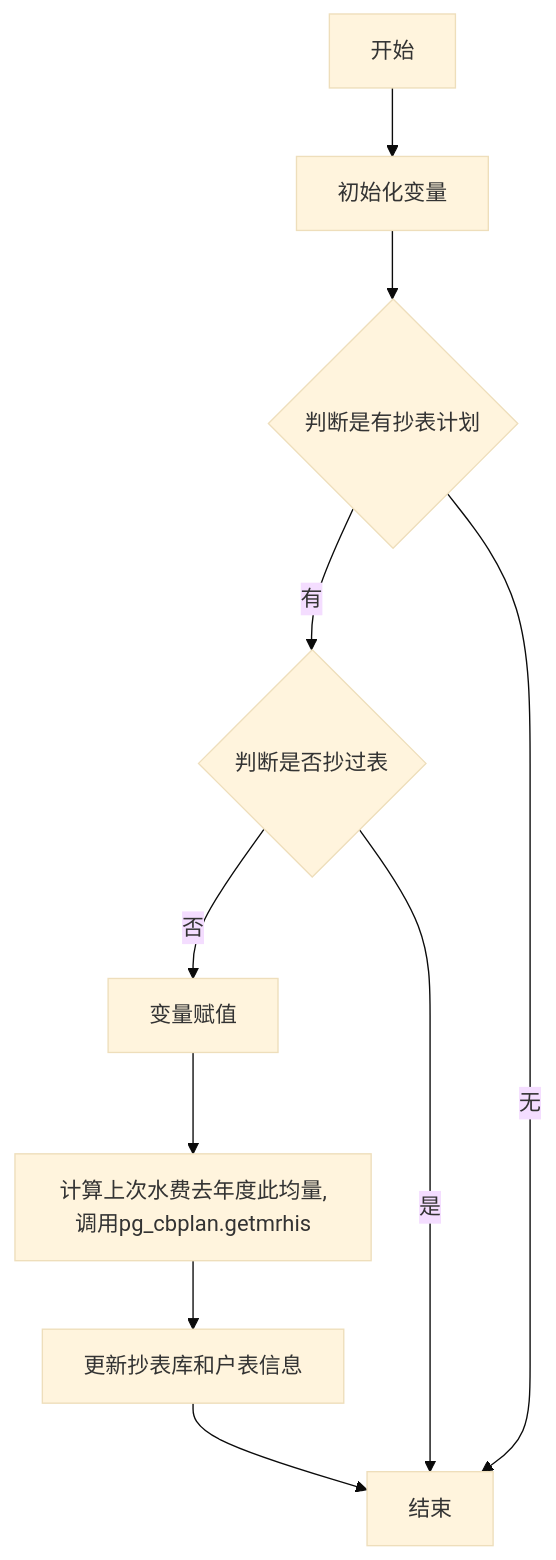
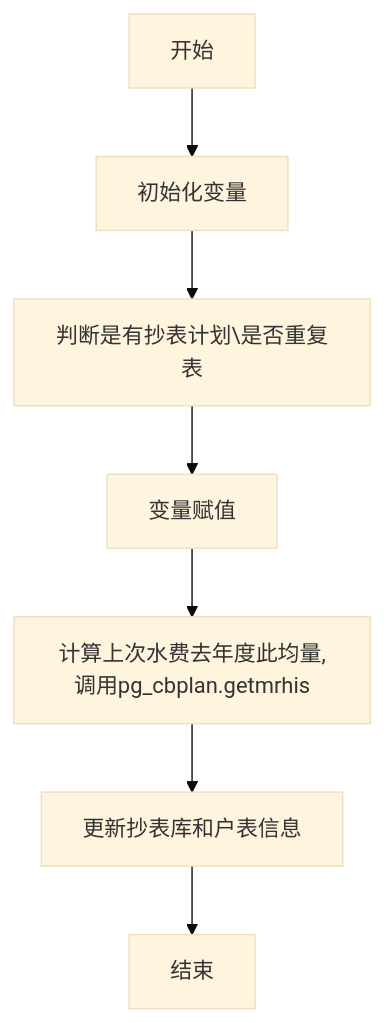
Before and after one commit to liuwentao001/20201001HRBZLS: diagram 15 of 51 in 02.业务梳理流程图简化版_v2020.11.md, drawn with Mermaid (base theme). The commit also changed other lines of this file and 8 other files, not shown here.

```diff
--- a/02.业务梳理流程图简化版_v2020.11.md
+++ b/02.业务梳理流程图简化版_v2020.11.md
@@ -220,7 +453,5 @@
 ~~~mermaid
 graph TD
 classDef default font-size: 10x;
-    开始-->初始化变量-->A2{判断是有抄表计划}--有-->A3{判断是否抄过表}--否-->变量赋值-->计算上次水费去年度此均量,调用pg_cbplan.getmrhis-->更新抄表库和户表信息-->结束
-    A2--无-->结束
-    A3--是-->结束
+    开始-->初始化变量-->判断是有抄表计划\是否重复表-->变量赋值-->计算上次水费去年度此均量,调用pg_cbplan.getmrhis-->更新抄表库和户表信息-->结束
 ~~~
```
